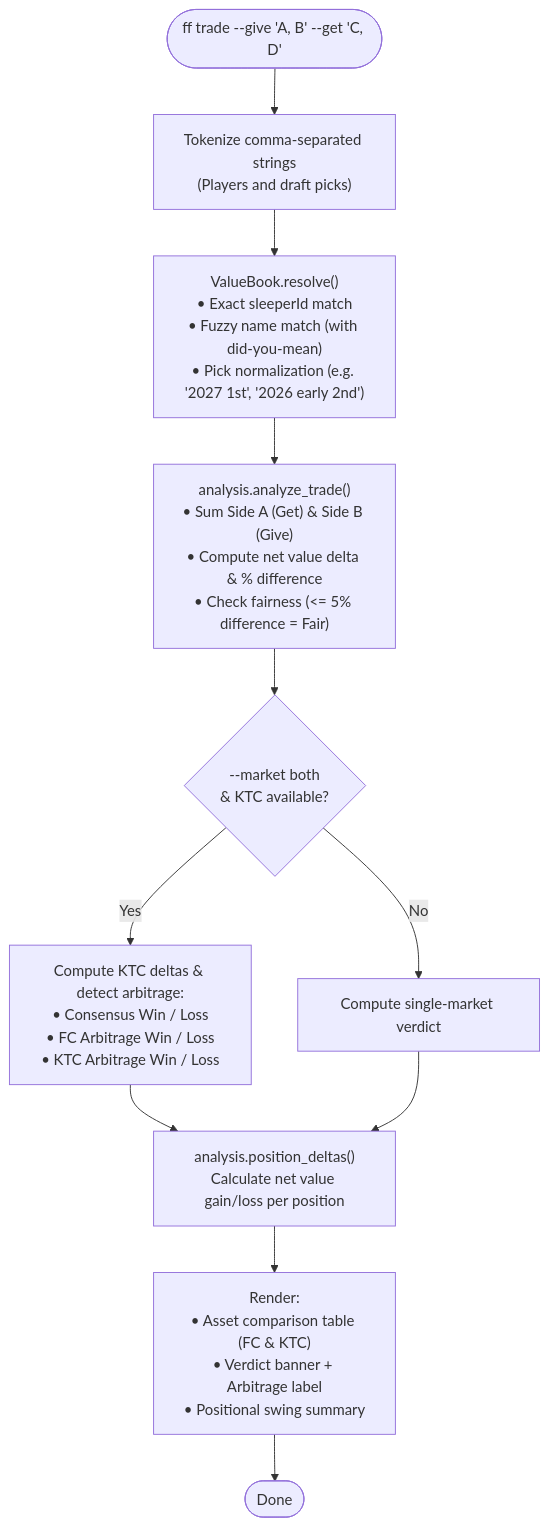
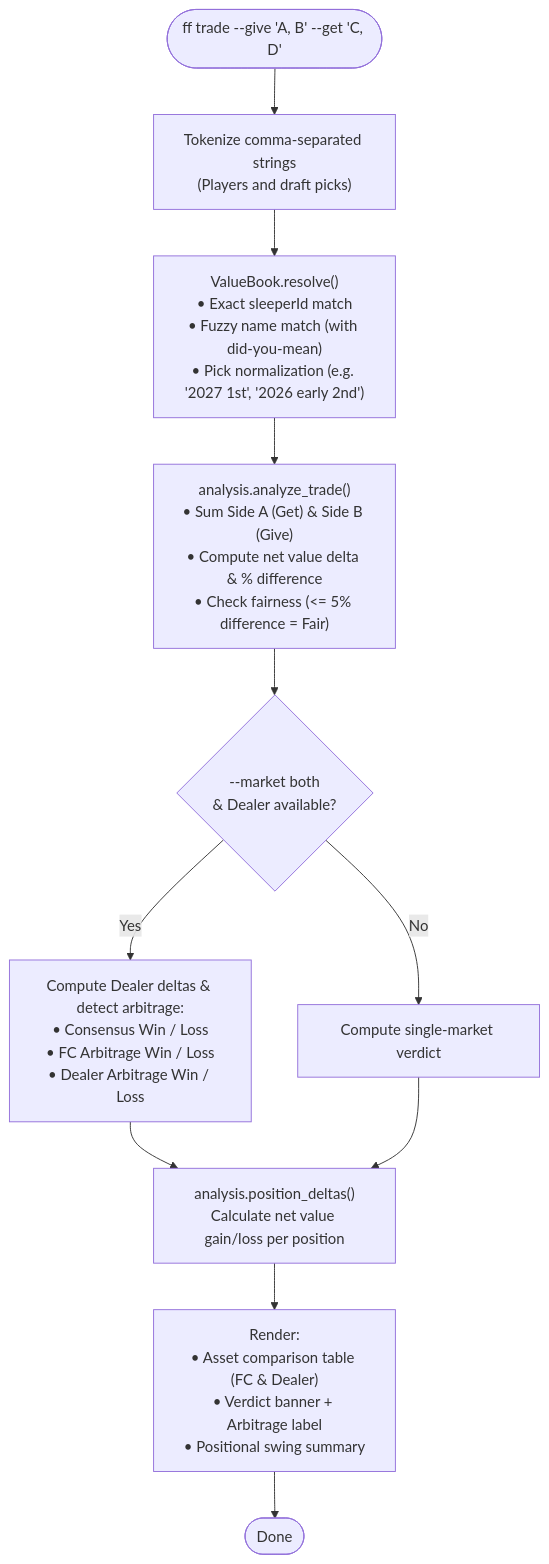
One commit to savvides/ff changed the eighth of 17 diagrams in README.md. Above: the diagram before and after it, drawn with Mermaid. The commit also changed other lines of this file and 26 other files, not shown here.

First line of the commit message:
feat: replace broken KTC/Dynasty Daddy with Dynasty Dealer secondary market API (#12)

````diff
--- a/README.md
+++ b/README.md
@@ -225,12 +242,12 @@
 ```mermaid
 flowchart TD
     Start(["ff trade --give 'A, B' --get 'C, D'"]) --> Parse["Tokenize comma-separated strings\n(Players and draft picks)"]
     Parse --> Resolve["ValueBook.resolve()\n• Exact sleeperId match\n• Fuzzy name match (with did-you-mean)\n• Pick normalization (e.g. '2027 1st', '2026 early 2nd')"]
     Resolve --> Analyze["analysis.analyze_trade()\n• Sum Side A (Get) & Side B (Give)\n• Compute net value delta & % difference\n• Check fairness (<= 5% difference = Fair)"]
-    Analyze --> DualMarket{"--market both\n& KTC available?"}
-    DualMarket -- "Yes" --> Arb["Compute KTC deltas & detect arbitrage:\n• Consensus Win / Loss\n• FC Arbitrage Win / Loss\n• KTC Arbitrage Win / Loss"]
+    Analyze --> DualMarket{"--market both\n& Dealer available?"}
+    DualMarket -- "Yes" --> Arb["Compute Dealer deltas & detect arbitrage:\n• Consensus Win / Loss\n• FC Arbitrage Win / Loss\n• Dealer Arbitrage Win / Loss"]
     DualMarket -- "No" --> SingleVerdict["Compute single-market verdict"]
     Arb & SingleVerdict --> Swings["analysis.position_deltas()\nCalculate net value gain/loss per position"]
-    Swings --> Output["Render:\n• Asset comparison table (FC & KTC)\n• Verdict banner + Arbitrage label\n• Positional swing summary"]
+    Swings --> Output["Render:\n• Asset comparison table (FC & Dealer)\n• Verdict banner + Arbitrage label\n• Positional swing summary"]
     Output --> Done(["Done"])
 ```
````
